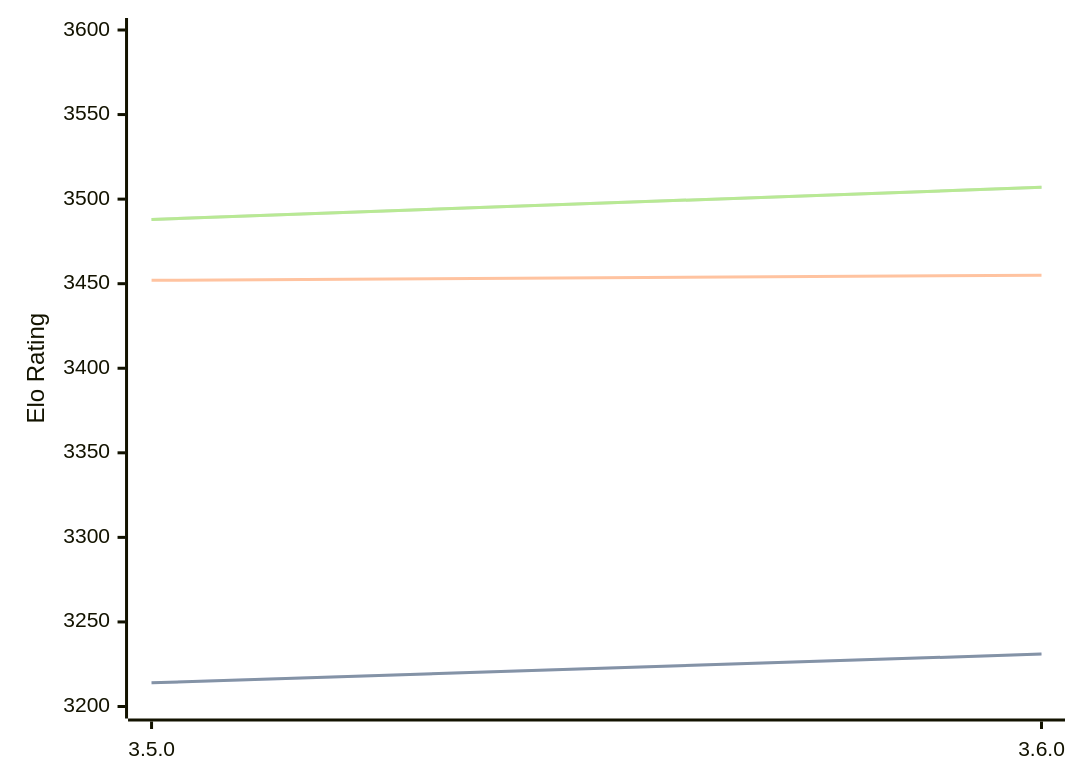
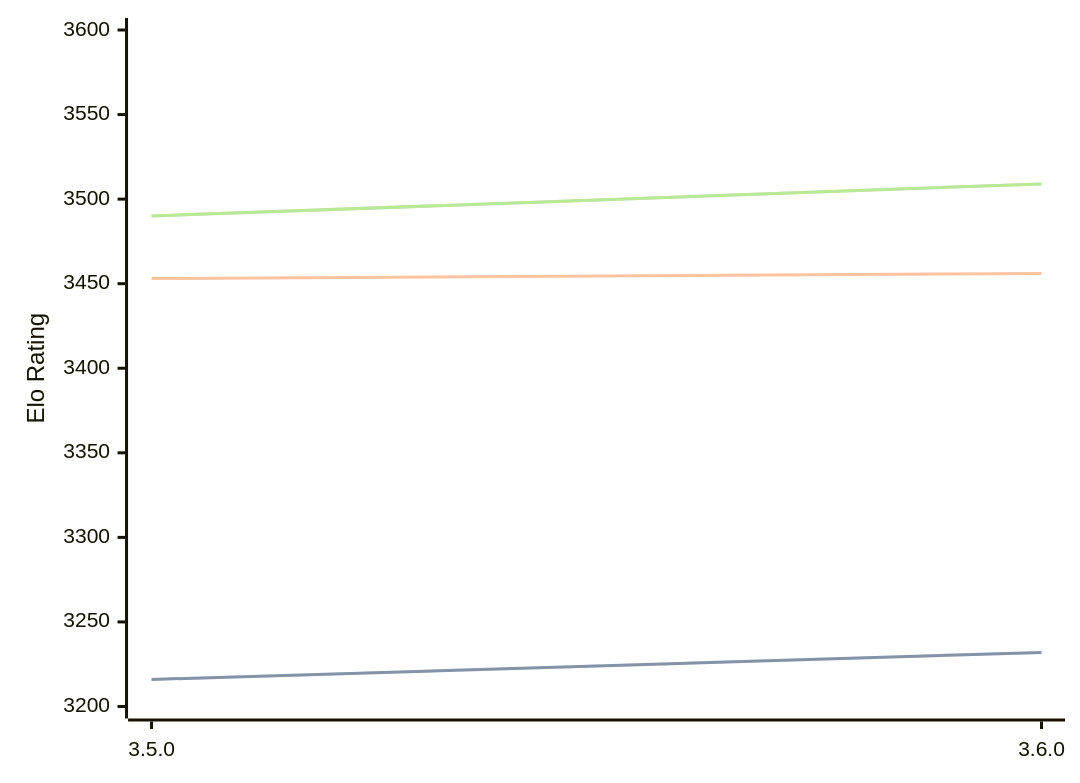
Before and after one commit to computer-chess-index/cci: the diagram in engines/Igel.md, drawn with Mermaid. The commit also changed other lines of this file, not shown here.

Commit message:
Update CCI Ratings (ELO VLTC) - 2026-05-16

````diff
--- a/engines/Igel.md
+++ b/engines/Igel.md
@@ -68,11 +68,11 @@
 ```mermaid
 %%{init: {"theme":"base","themeVariables":{"seriesColors:['#a3a3a3','#222221','#faa371']}}}%%
 xychart-beta
   x-axis ["3.5.0", "3.6.0"]
   y-axis "Elo Rating" 3200 --> 3600
-  line "STC (8.0+0.08s)" [3214, 3231]
-  line "STC (8.0+0.08s)" [3214, 3231]
-  line "LTC (60.0+0.60s)" [3452, 3455]
-  line "VLTC (2m24s+1.12s)" [3488, 3507]
-  line "VLTC (2m24s+1.12s)" [3488, 3507]
+  line "STC (8.0+0.08s)" [3216, 3232]
+  line "STC (8.0+0.08s)" [3216, 3232]
+  line "LTC (60.0+0.60s)" [3453, 3456]
+  line "VLTC (2m24s+1.12s)" [3490, 3509]
+  line "VLTC (2m24s+1.12s)" [3490, 3509]
 ```
````
